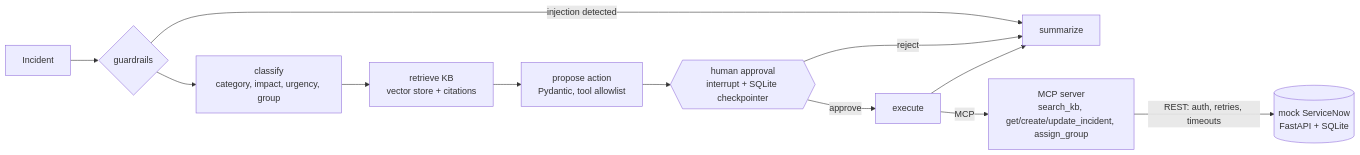
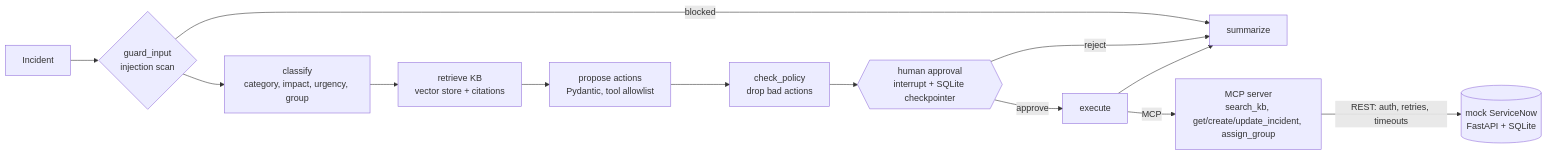
The diagram in README.md (deepin1506/TriageAgent), drawn with Mermaid before and after one commit. The commit also changed other lines of this file and 52 other files, not shown here.

````diff
--- a/README.md
+++ b/README.md
@@ -9,14 +9,15 @@
 ```mermaid
 flowchart LR
-    T[Incident] --> G{guardrails}
-    G -->|injection detected| S[summarize]
+    T[Incident] --> G{guard_input<br/>injection scan}
+    G -->|blocked| S[summarize]
     G --> C[classify<br/>category, impact, urgency, group]
     C --> R[retrieve KB<br/>vector store + citations]
-    R --> P[propose action<br/>Pydantic, tool allowlist]
-    P --> A{{human approval<br/>interrupt + SQLite checkpointer}}
+    R --> P[propose actions<br/>Pydantic, tool allowlist]
+    P --> Q[check_policy<br/>drop bad actions]
+    Q --> A{{human approval<br/>interrupt + SQLite checkpointer}}
     A -->|approve| E[execute]
     A -->|reject| S
     E --> S
     E -- MCP --> M[MCP server<br/>search_kb, get/create/update_incident, assign_group]
     M -- REST: auth, retries, timeouts --> API[(mock ServiceNow<br/>FastAPI + SQLite)]
 ```
````
